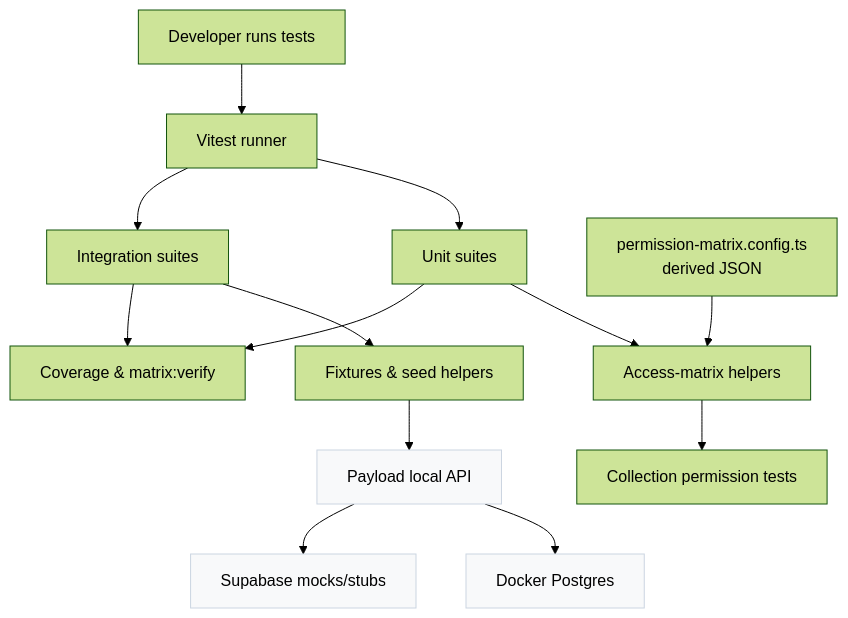
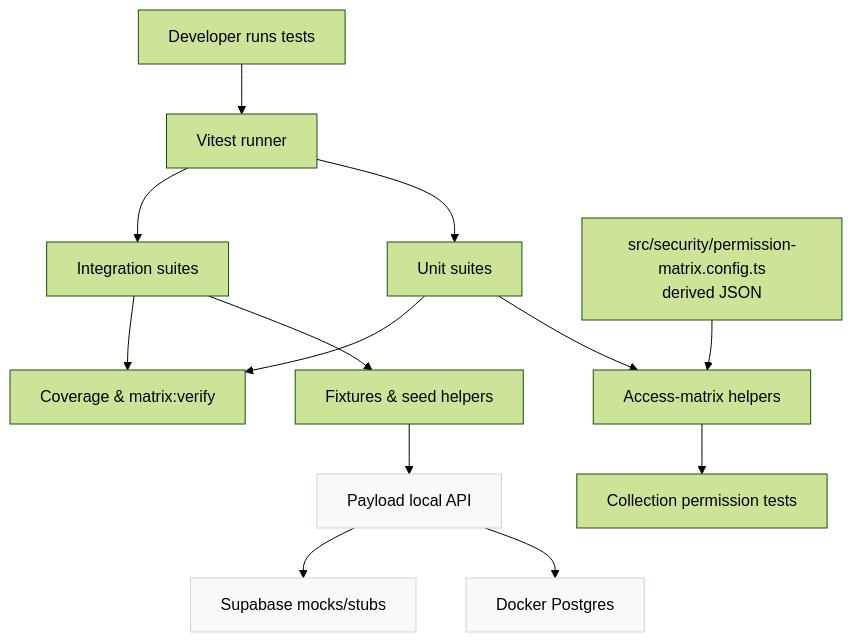
Before and after one commit to findmydoc-platform/website: the diagram in docs/testing/strategy.md, drawn with Mermaid (forest theme). The commit also changed other lines of this file and 5 other files, not shown here.

Commit message:
refactor: refactor permission matrix configuration: move from docs to src directory, update references in documentation and scripts, and remove deprecated file.

````diff
--- a/docs/testing/strategy.md
+++ b/docs/testing/strategy.md
@@ -50,21 +50,21 @@
 ```mermaid
 flowchart TB
 	Dev[Developer runs tests] --> Vitest[Vitest runner]
 	Vitest --> Unit[Unit suites]
 	Vitest --> Integration[Integration suites]
 
 	Unit --> MatrixHelpers[Access-matrix helpers]
-	MatrixConfig[permission-matrix.config.ts\nderived JSON] --> MatrixHelpers
+	MatrixConfig[src/security/permission-matrix.config.ts\nderived JSON] --> MatrixHelpers
 	MatrixHelpers --> AccessTests[Collection permission tests]
 
 	Integration --> Fixtures[Fixtures & seed helpers]
 	Fixtures --> Payload[Payload local API]
 	Payload --> Postgres[Docker Postgres]
 	Payload --> Supabase[Supabase mocks/stubs]
 
 	Unit --> Reports[Coverage & matrix:verify]
 	Integration --> Reports
 
 	classDef infra fill:#f8f9fa,stroke:#cbd5e1
 	class Payload,Postgres,Supabase infra
 ```
````
